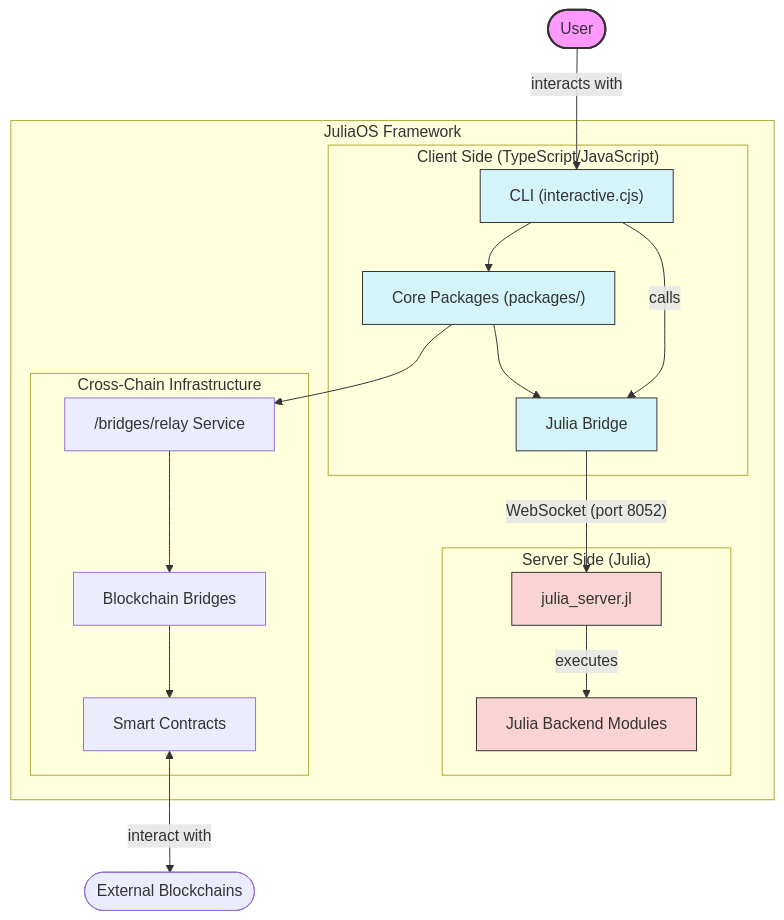
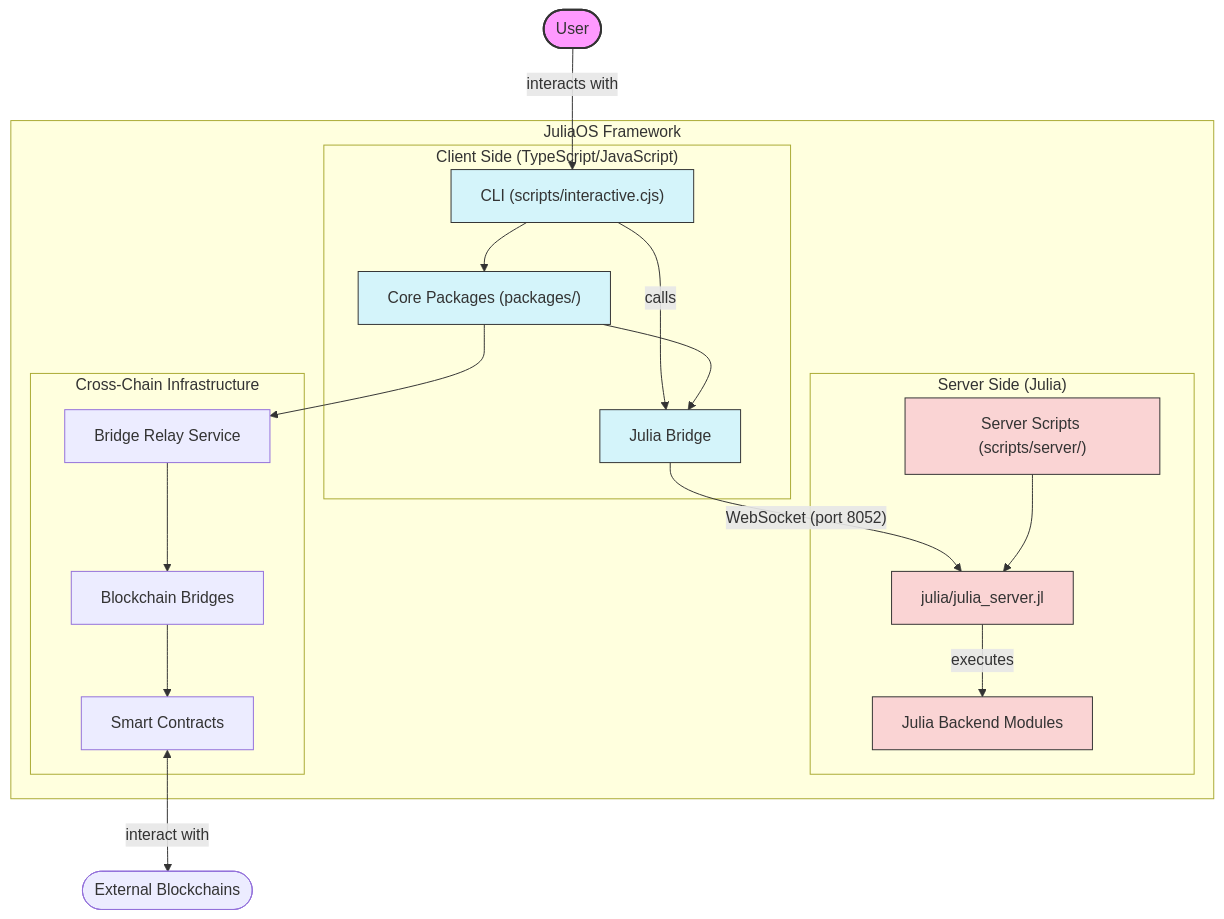
One commit to zhenwuuu/JuliaSwarmSyndicate changed the diagram in README.md. Above: the diagram before and after it, drawn with Mermaid. The commit also changed other lines of this file and 2971 other files, not shown here.

````diff
--- a/README.md
+++ b/README.md
@@ -223,47 +307,49 @@
 ```mermaid
 graph TB
     %% Main user flow
-    User(["User"]) --> |"interacts with"| CLI["CLI (interactive.cjs)"]
+    User(["User"]) --> |"interacts with"| CLI["CLI (scripts/interactive.cjs)"]
     CLI --> |"calls"| JuliaBridge["Julia Bridge"]
-    JuliaBridge --> |"WebSocket (port 8052)"| SimpleServer["julia_server.jl"]
+    JuliaBridge --> |"WebSocket (port 8052)"| SimpleServer["julia/julia_server.jl"]
     SimpleServer --> |"executes"| JuliaModules["Julia Backend Modules"]
-    
+
     subgraph "JuliaOS Framework"
         subgraph "Client Side (TypeScript/JavaScript)"
             CLI
             JuliaBridge
             CorePackages["Core Packages (packages/)"]
         end
-        
+
         subgraph "Server Side (Julia)"
             SimpleServer
             JuliaModules
+            ServerScripts["Server Scripts (scripts/server/)"]
         end
-        
+
         subgraph "Cross-Chain Infrastructure"
-            BridgeRelay["/bridges/relay Service"]
+            BridgeRelay["Bridge Relay Service"]
             Bridges["Blockchain Bridges"]
             Contracts["Smart Contracts"]
         end
-        
+
         %% Internal connections
         CorePackages --> JuliaBridge
         CLI --> CorePackages
+        ServerScripts --> SimpleServer
         CorePackages --> BridgeRelay
         BridgeRelay --> Bridges
         Bridges --> Contracts
     end
-    
+
     %% External connection
     Contracts <--> |"interact with"| Blockchains(["External Blockchains"])
-    
+
     %% Styling
     classDef mainFlow fill:#f9f,stroke:#333,stroke-width:2px;
     class User,CLI,JuliaBridge,SimpleServer,JuliaModules mainFlow;
-    
+
     classDef clientSide fill:#d4f4fa,stroke:#333,stroke-width:1px;
     classDef serverSide fill:#fad4d4,stroke:#333,stroke-width:1px;
-    
+
     class CLI,JuliaBridge,CorePackages clientSide;
-    class SimpleServer,JuliaModules serverSide;
+    class SimpleServer,JuliaModules,ServerScripts serverSide;
 ```
````
